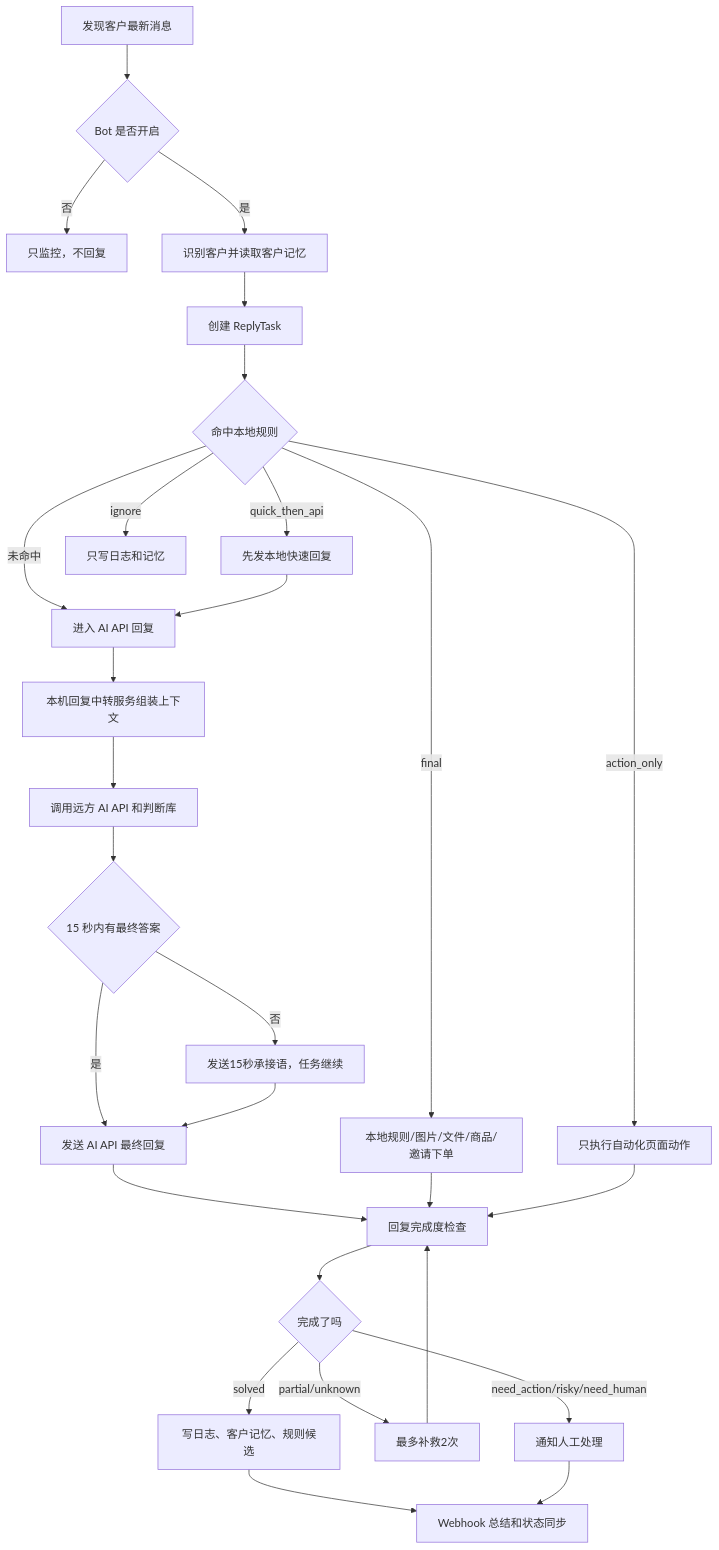
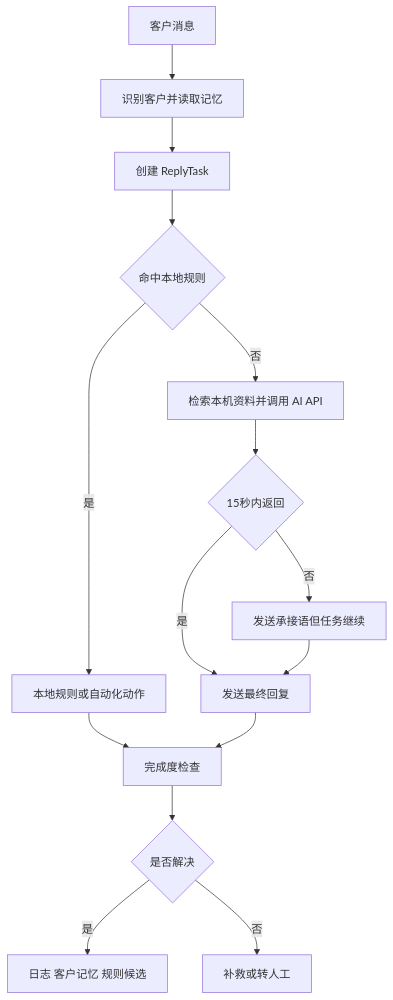
One commit to JahanHe/wechat-autoreply changed the diagram in README.md. Above: the diagram before and after it, drawn with Mermaid. The commit also changed other lines of this file and 32 other files, not shown here.

````diff
--- a/README.md
+++ b/README.md
@@ -71,30 +91,17 @@
 ```mermaid
 flowchart TD
-  A["发现客户最新消息"] --> B{"Bot 是否开启"}
-  B -- "否" --> Z["只监控，不回复"]
-  B -- "是" --> C["识别客户并读取客户记忆"]
-  C --> D["创建 ReplyTask"]
-  D --> E{"命中本地规则"}
-  E -- "final" --> F["本地规则/图片/文件/商品/邀请下单"]
-  E -- "quick_then_api" --> G["先发本地快速回复"]
-  E -- "action_only" --> H["只执行自动化页面动作"]
-  E -- "ignore" --> I["只写日志和记忆"]
-  E -- "未命中" --> J["进入 AI API 回复"]
-  G --> J
-  J --> K["本机回复中转服务组装上下文"]
-  K --> L["调用远方 AI API 和判断库"]
-  L --> M{"15 秒内有最终答案"}
-  M -- "否" --> N["发送15秒承接语，任务继续"]
-  M -- "是" --> O["发送 AI API 最终回复"]
-  N --> O
-  O --> P["回复完成度检查"]
-  F --> P
-  H --> P
-  P --> Q{"完成了吗"}
-  Q -- "solved" --> R["写日志、客户记忆、规则候选"]
-  Q -- "partial/unknown" --> S["最多补救2次"]
-  Q -- "need_action/risky/need_human" --> T["通知人工处理"]
-  S --> P
-  R --> U["Webhook 总结和状态同步"]
-  T --> U
+  A[客户消息] --> B[识别客户并读取记忆]
+  B --> C[创建 ReplyTask]
+  C --> D{命中本地规则}
+  D -- 是 --> E[本地规则或自动化动作]
+  D -- 否 --> F[检索本机资料并调用 AI API]
+  F --> G{15秒内返回}
+  G -- 否 --> H[发送承接语但任务继续]
+  G -- 是 --> I[发送最终回复]
+  H --> I
+  E --> J[完成度检查]
+  I --> J
+  J --> K{是否解决}
+  K -- 是 --> L[日志 客户记忆 规则候选]
+  K -- 否 --> M[补救或转人工]
 ```
````
